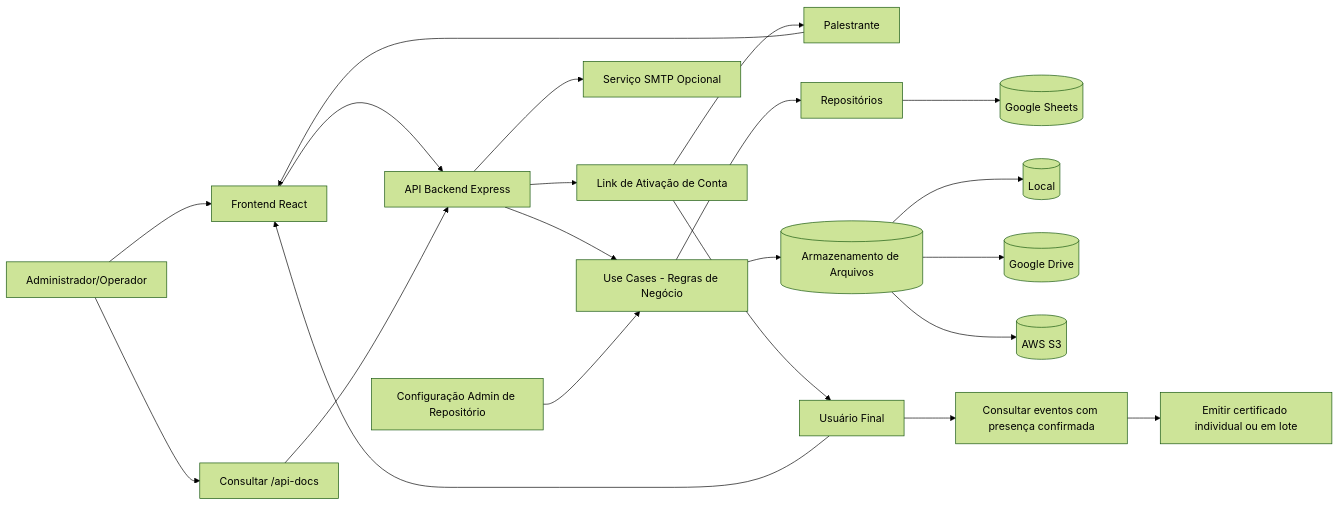
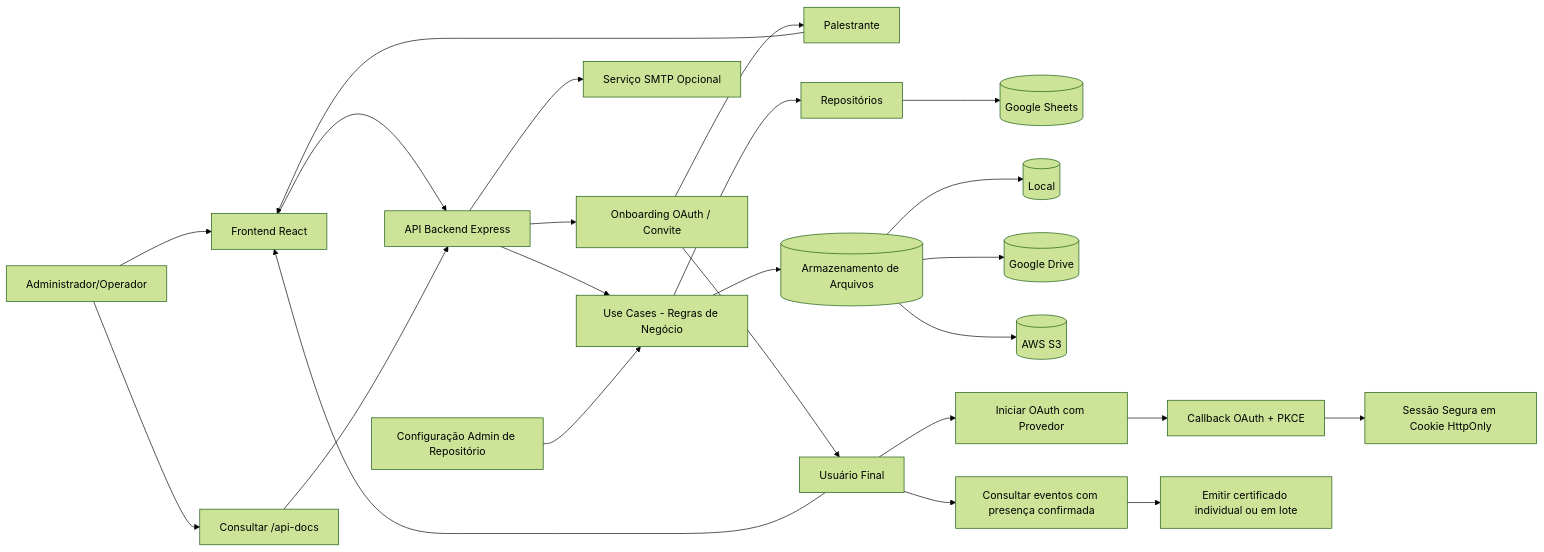
Before and after one commit to salesadriano/eventos: the first of 5 diagrams in docs/DECLARACAO_ESCOPO.md, drawn with Mermaid (forest theme). The commit also changed other lines of this file and 84 other files, not shown here.

````diff
--- a/docs/DECLARACAO_ESCOPO.md
+++ b/docs/DECLARACAO_ESCOPO.md
@@ -101,25 +106,28 @@
 ```mermaid
 flowchart LR
   A[Administrador/Operador] --> B[Frontend React]
    P[Palestrante] --> B
    U[Usuário Final] --> B
   B --> C[API Backend Express]
   C --> D[Use Cases - Regras de Negócio]
   D --> E[Repositórios]
   E --> F[(Google Sheets)]
    D --> I[(Armazenamento de Arquivos)]
    K[Configuração Admin de Repositório] --> D
    I --> L[(Local)]
    I --> M[(Google Drive)]
    I --> N[(AWS S3)]
   C --> G[Serviço SMTP Opcional]
 
   A --> H[Consultar /api-docs]
   H --> C
 
-   C --> J[Link de Ativação de Conta]
+   C --> J[Onboarding OAuth / Convite]
    J --> P
    J --> U
+   U --> R[Iniciar OAuth com Provedor]
+   R --> S[Callback OAuth + PKCE]
+   S --> T[Sessão Segura em Cookie HttpOnly]
    U --> O[Consultar eventos com presença confirmada]
    O --> Q[Emitir certificado individual ou em lote]
 ```
````
